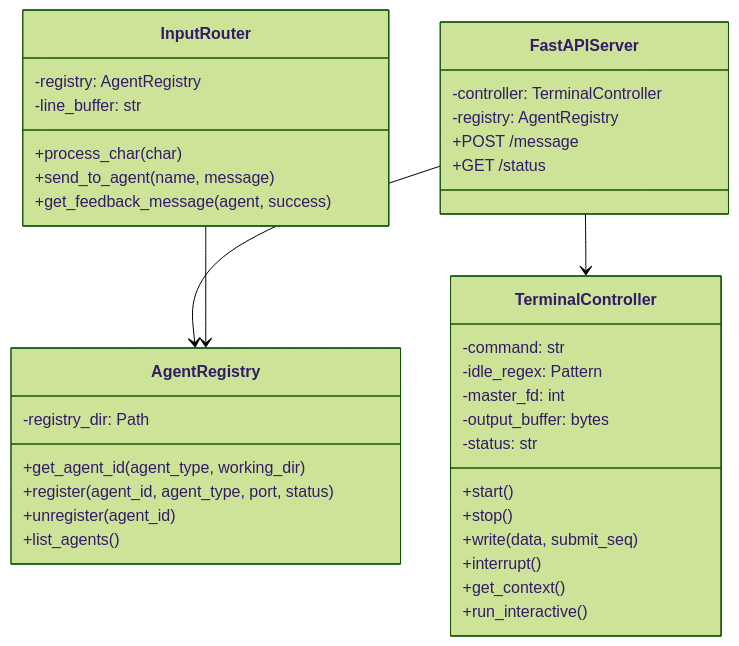
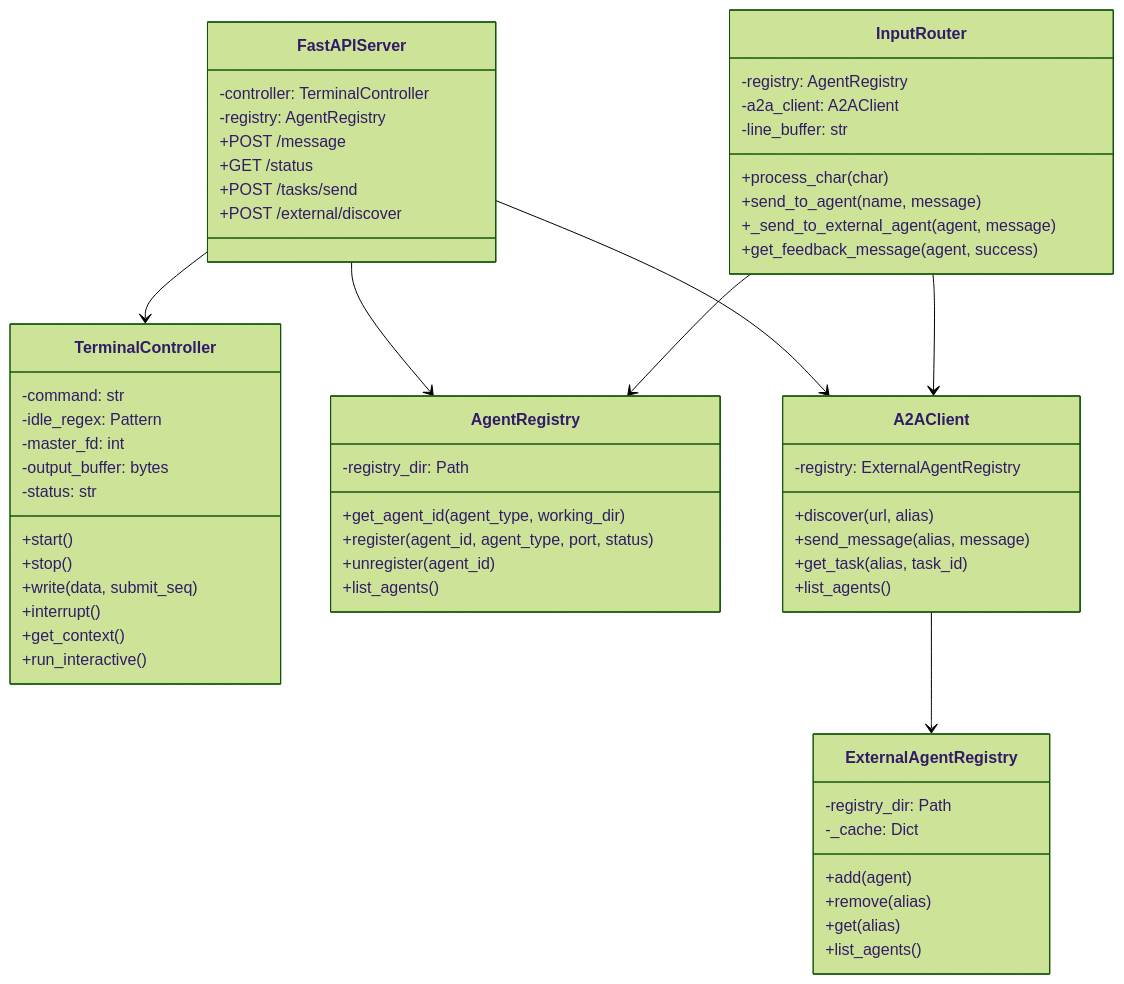
The third of 3 diagrams in guides/references.md (s-hiraoku/synapse-a2a), drawn with Mermaid (forest theme) before and after one commit. The commit also changed other lines of this file and 5 other files, not shown here.

First line of the commit message:
Add external Google A2A agent connectivity

````diff
--- a/guides/references.md
+++ b/guides/references.md
@@ -514,43 +879,67 @@
 ```mermaid
 classDiagram
     class TerminalController {
         -command: str
         -idle_regex: Pattern
         -master_fd: int
         -output_buffer: bytes
         -status: str
         +start()
         +stop()
         +write(data, submit_seq)
         +interrupt()
         +get_context()
         +run_interactive()
     }
 
     class InputRouter {
         -registry: AgentRegistry
+        -a2a_client: A2AClient
         -line_buffer: str
         +process_char(char)
         +send_to_agent(name, message)
+        +_send_to_external_agent(agent, message)
         +get_feedback_message(agent, success)
     }
 
     class AgentRegistry {
         -registry_dir: Path
         +get_agent_id(agent_type, working_dir)
         +register(agent_id, agent_type, port, status)
         +unregister(agent_id)
         +list_agents()
     }
 
+    class ExternalAgentRegistry {
+        -registry_dir: Path
+        -_cache: Dict
+        +add(agent)
+        +remove(alias)
+        +get(alias)
+        +list_agents()
+    }
+
+    class A2AClient {
+        -registry: ExternalAgentRegistry
+        +discover(url, alias)
+        +send_message(alias, message)
+        +get_task(alias, task_id)
+        +list_agents()
+    }
+
     class FastAPIServer {
         -controller: TerminalController
         -registry: AgentRegistry
         +POST /message
         +GET /status
+        +POST /tasks/send
+        +POST /external/discover
     }
 
     FastAPIServer --> TerminalController
     FastAPIServer --> AgentRegistry
+    FastAPIServer --> A2AClient
     InputRouter --> AgentRegistry
+    InputRouter --> A2AClient
+    A2AClient --> ExternalAgentRegistry
 ```
````
